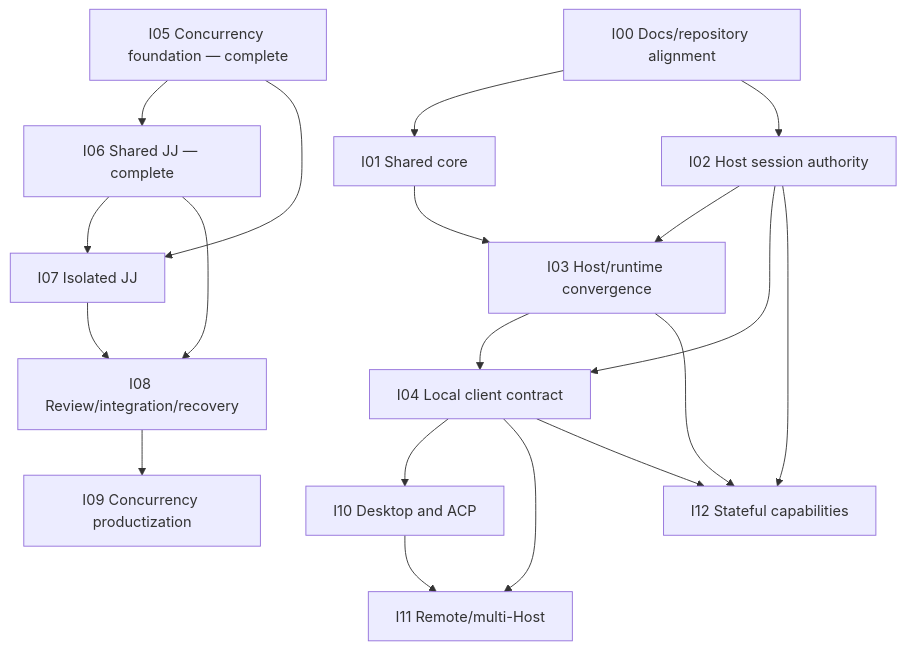
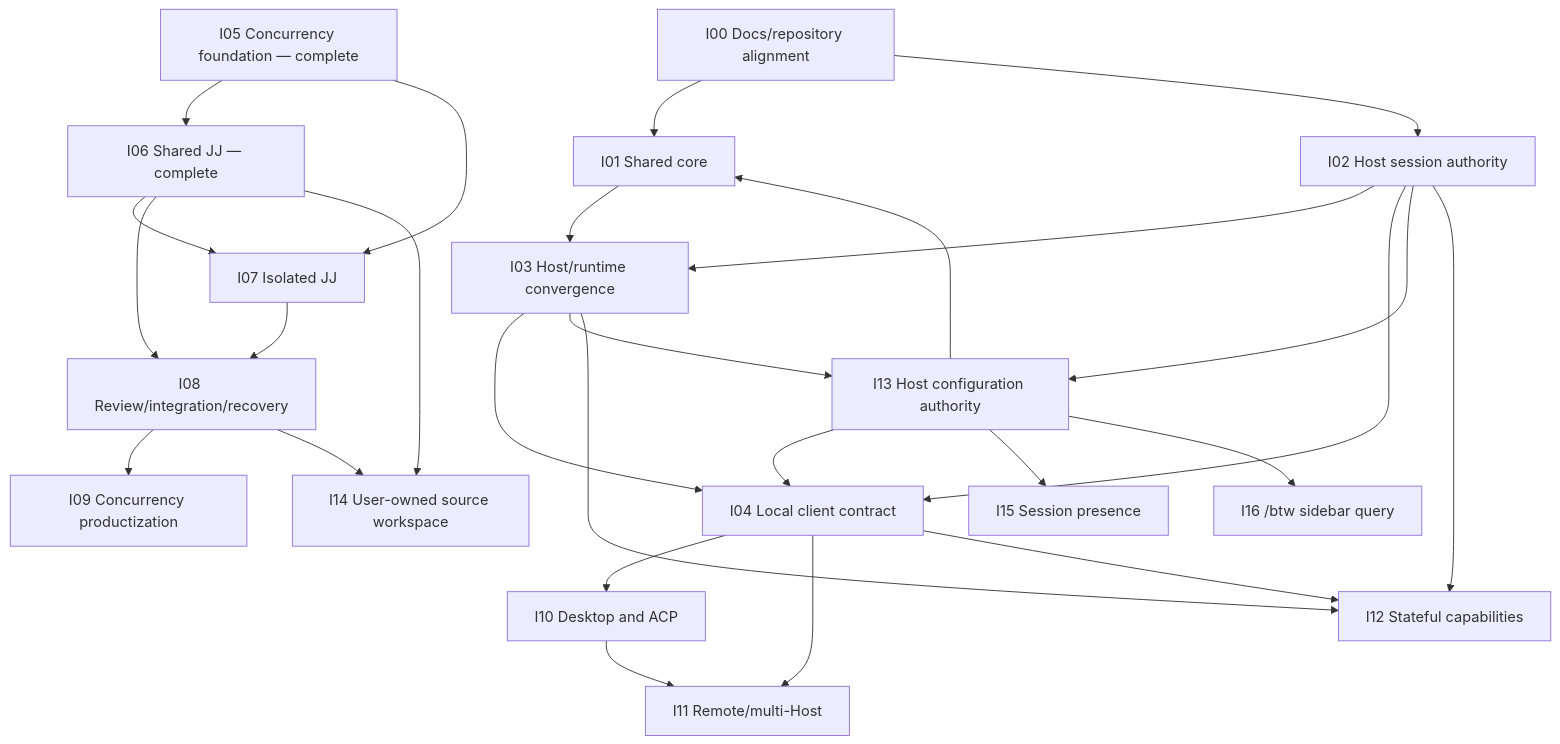
Before and after one commit to xavierchanth/pi-guardian: the diagram in docs/roadmap/README.md, drawn with Mermaid. The commit also changed other lines of this file and 12 other files, not shown here.

Commit message:
docs(roadmap): expand host authority initiatives

````diff
--- a/docs/roadmap/README.md
+++ b/docs/roadmap/README.md
@@ -40,37 +44,49 @@
 ```mermaid
 graph TD
   I00[I00 Docs/repository alignment]
   I01[I01 Shared core]
   I02[I02 Host session authority]
   I03[I03 Host/runtime convergence]
   I04[I04 Local client contract]
   I05[I05 Concurrency foundation — complete]
   I06[I06 Shared JJ — complete]
   I07[I07 Isolated JJ]
   I08[I08 Review/integration/recovery]
   I09[I09 Concurrency productization]
   I10[I10 Desktop and ACP]
   I11[I11 Remote/multi-Host]
   I12[I12 Stateful capabilities]
+  I13[I13 Host configuration authority]
+  I14[I14 User-owned source workspace]
+  I15[I15 Session presence]
+  I16[I16 /btw sidebar query]
 
   I00 --> I01
   I00 --> I02
   I01 --> I03
   I02 --> I03
   I02 --> I04
   I03 --> I04
+  I02 --> I13
+  I03 --> I13
+  I13 --> I01
+  I13 --> I04
+  I13 --> I15
+  I13 --> I16
 
   I05 --> I06
   I05 --> I07
   I06 --> I07
   I06 --> I08
   I07 --> I08
   I08 --> I09
+  I06 --> I14
+  I08 --> I14
 
   I04 --> I10
   I04 --> I11
   I10 --> I11
   I02 --> I12
   I03 --> I12
   I04 --> I12
 ```
````
